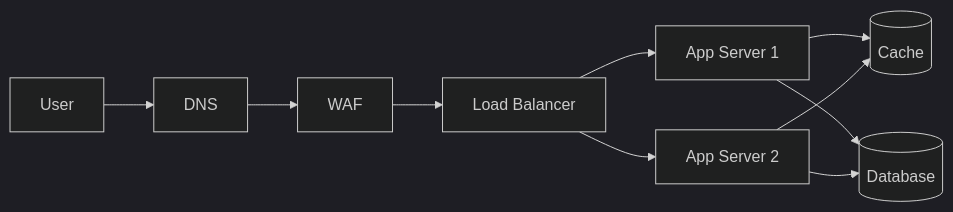
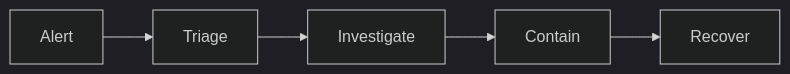
One commit to sergiovigo/cyberdraw-mcp changed the diagram in docs/cyberdraw/milestones/M15-prompt-to-diagram-mvp.md. Above: the diagram before and after it, drawn with Mermaid (dark theme). The commit also changed other lines of this file and 5 other files, not shown here.

Commit message:
docs(m15): add reproducible demo and close prompt-to-diagram mvp

````diff
--- a/docs/cyberdraw/milestones/M15-prompt-to-diagram-mvp.md
+++ b/docs/cyberdraw/milestones/M15-prompt-to-diagram-mvp.md
@@ -488,12 +495,7 @@
 ```mermaid
 flowchart LR
-  User[User] --> DNS[DNS]
-  DNS --> WAF[WAF]
-  WAF --> LB[Load Balancer]
-  LB --> App1[App Server 1]
-  LB --> App2[App Server 2]
-  App1 --> Cache[(Cache)]
-  App2 --> Cache
-  App1 --> DB[(Database)]
-  App2 --> DB
+  A[Alert] --> B[Triage]
+  B --> C[Investigate]
+  C --> D[Contain]
+  D --> E[Recover]
 ```
````
